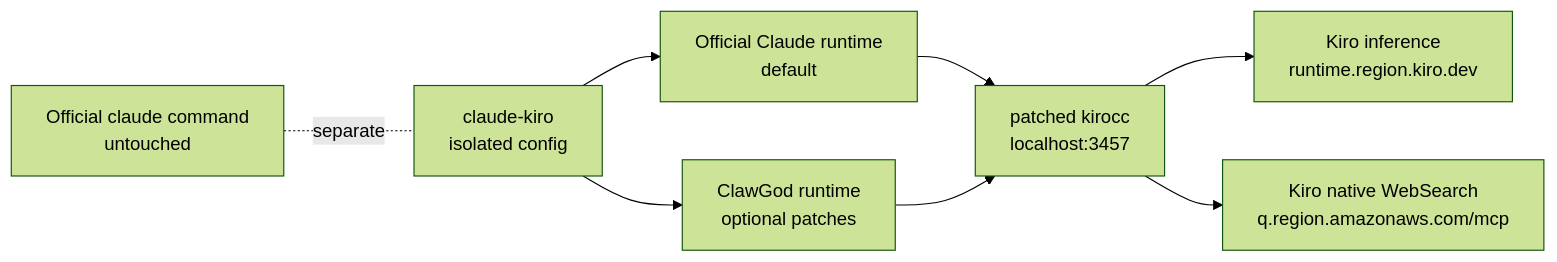
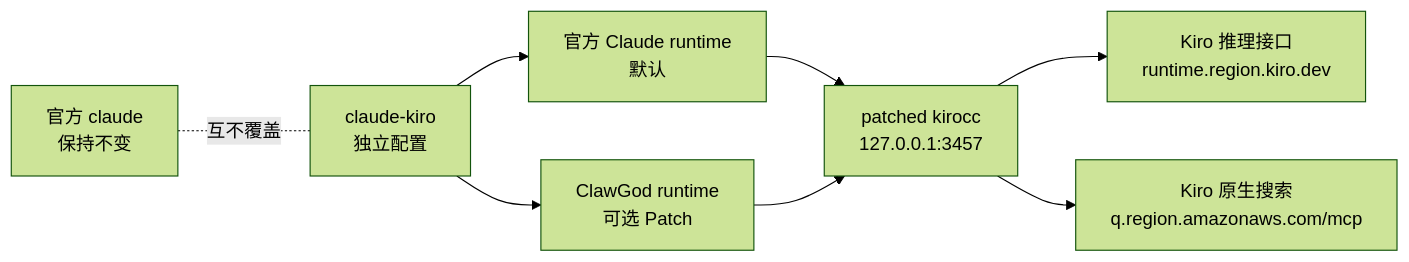
The first of 2 diagrams in README.md (itututu/clawgod-kirocc), drawn with Mermaid (forest theme) before and after one commit. The commit also changed other lines of this file and 6 other files, not shown here.

````diff
--- a/README.md
+++ b/README.md
@@ -79,18 +112,18 @@
 ```mermaid
 flowchart LR
-    Official["Official claude command<br/>untouched"]
-    Launcher["claude-kiro<br/>isolated config"]
-    OfficialRuntime["Official Claude runtime<br/>default"]
-    ClawGod["ClawGod runtime<br/>optional patches"]
-    Gateway["patched kirocc<br/>localhost:3457"]
-    Runtime["Kiro inference<br/>runtime.region.kiro.dev"]
-    Search["Kiro native WebSearch<br/>q.region.amazonaws.com/mcp"]
+    Official["官方 claude<br/>保持不变"]
+    Launcher["claude-kiro<br/>独立配置"]
+    OfficialRuntime["官方 Claude runtime<br/>默认"]
+    ClawGod["ClawGod runtime<br/>可选 Patch"]
+    Gateway["patched kirocc<br/>127.0.0.1:3457"]
+    Runtime["Kiro 推理接口<br/>runtime.region.kiro.dev"]
+    Search["Kiro 原生搜索<br/>q.region.amazonaws.com/mcp"]
 
-    Official -. "separate" .- Launcher
+    Official -. "互不覆盖" .- Launcher
     Launcher --> OfficialRuntime
     Launcher --> ClawGod
     OfficialRuntime --> Gateway
     ClawGod --> Gateway
     Gateway --> Runtime
     Gateway --> Search
 ```
````
